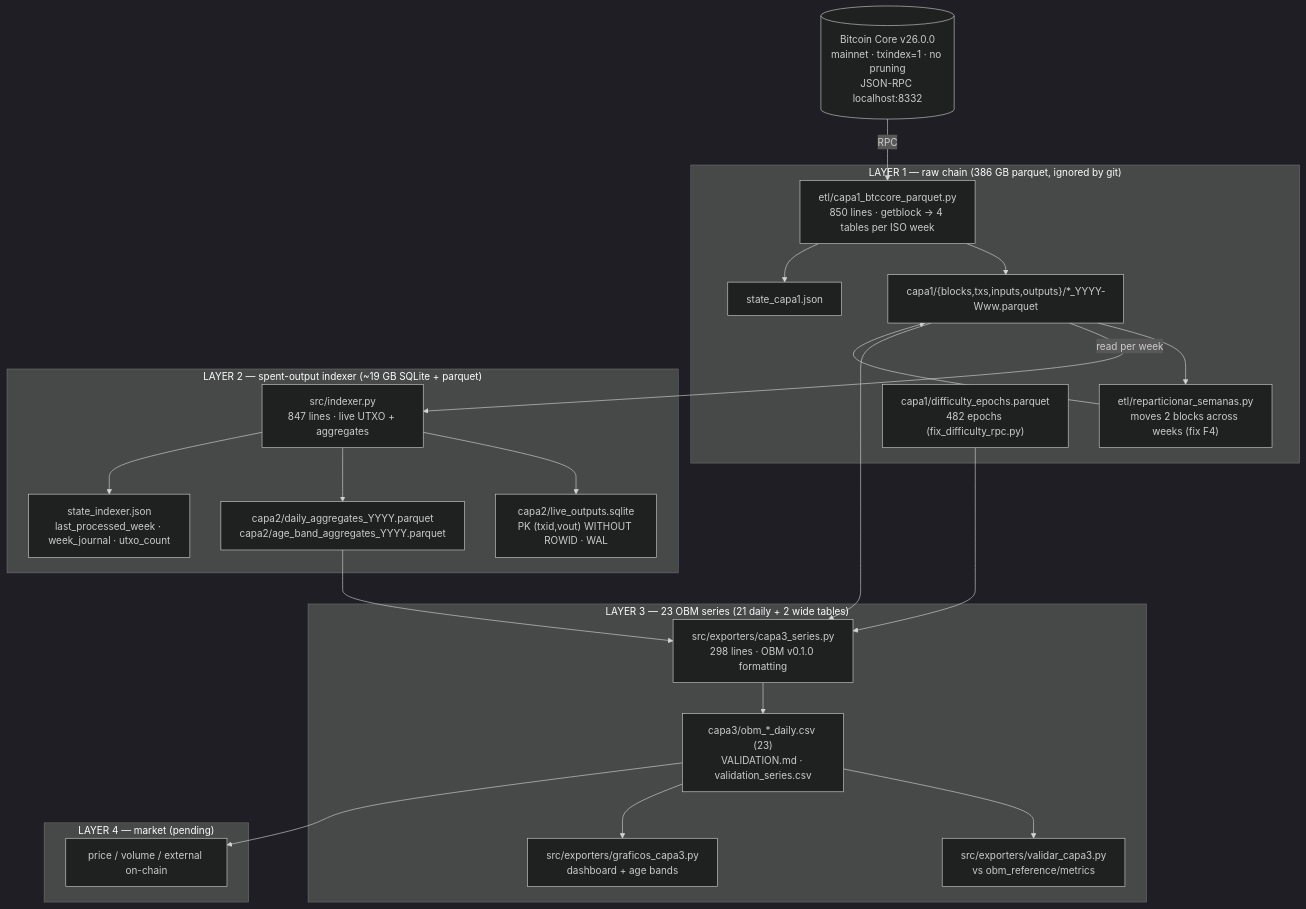
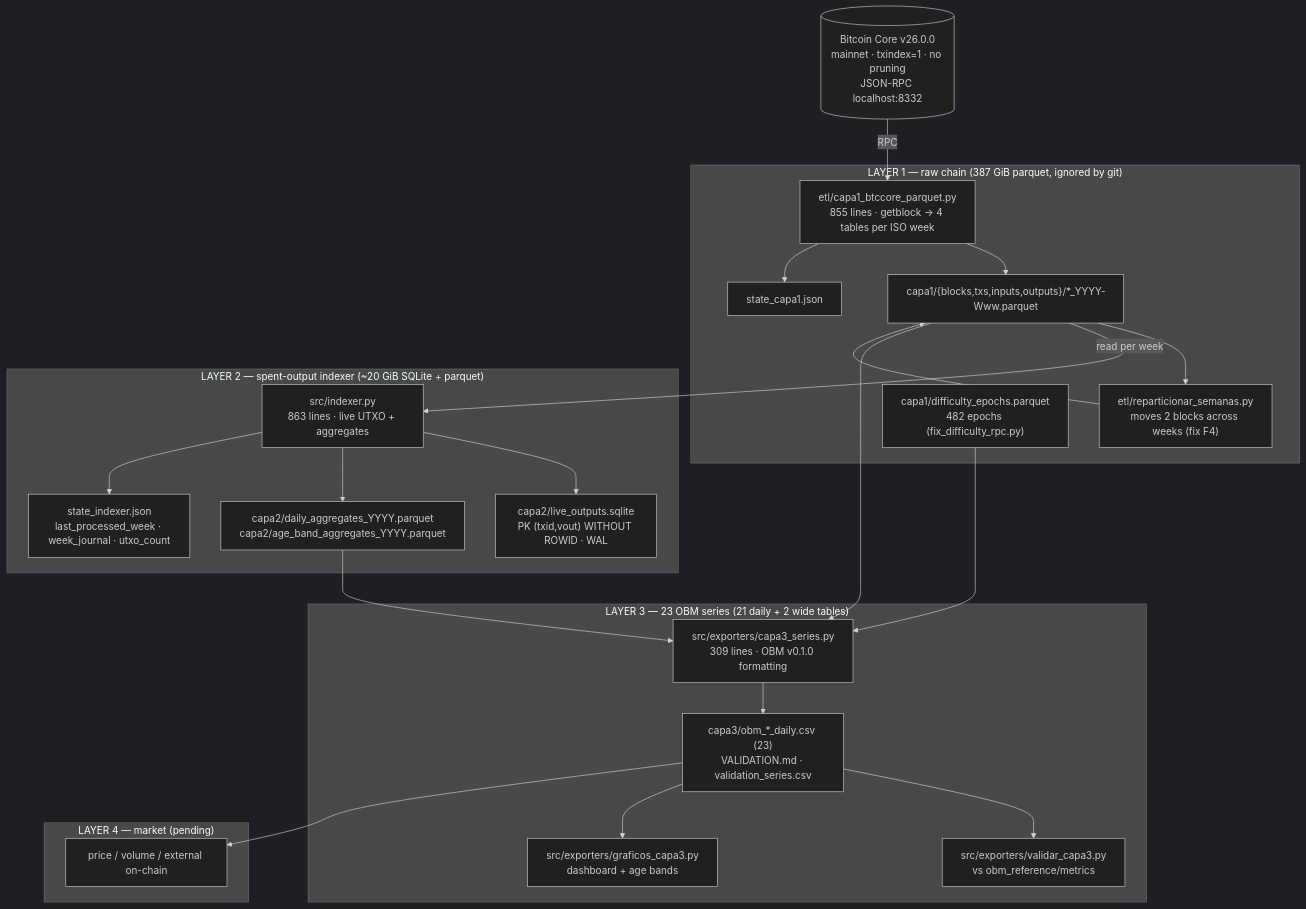
The diagram in docs/MAPA_CODIGO.md (byron92m-stack/full_bitcoin_node), drawn with Mermaid (dark theme) before and after one commit. The commit also changed other lines of this file and 9 other files, not shown here.

````diff
--- a/docs/MAPA_CODIGO.md
+++ b/docs/MAPA_CODIGO.md
@@ -10,46 +10,46 @@
 ```mermaid
 flowchart TD
     NODE[("Bitcoin Core v26.0.0<br/>mainnet · txindex=1 · no pruning<br/>JSON-RPC localhost:8332")]
 
-    subgraph L1["LAYER 1 — raw chain (386 GB parquet, ignored by git)"]
-        ETL["etl/capa1_btccore_parquet.py<br/>850 lines · getblock → 4 tables per ISO week"]
+    subgraph L1["LAYER 1 — raw chain (387 GiB parquet, ignored by git)"]
+        ETL["etl/capa1_btccore_parquet.py<br/>855 lines · getblock → 4 tables per ISO week"]
         REPART["etl/reparticionar_semanas.py<br/>moves 2 blocks across weeks (fix F4)"]
         C1D["capa1/{blocks,txs,inputs,outputs}/*_YYYY-Www.parquet"]
         C1E["capa1/difficulty_epochs.parquet<br/>482 epochs (fix_difficulty_rpc.py)"]
         ST1["state_capa1.json"]
     end
 
-    subgraph L2["LAYER 2 — spent-output indexer (~19 GB SQLite + parquet)"]
-        IDX["src/indexer.py<br/>847 lines · live UTXO + aggregates"]
+    subgraph L2["LAYER 2 — spent-output indexer (~20 GiB SQLite + parquet)"]
+        IDX["src/indexer.py<br/>863 lines · live UTXO + aggregates"]
         DB["capa2/live_outputs.sqlite<br/>PK (txid,vout) WITHOUT ROWID · WAL"]
         AGG["capa2/daily_aggregates_YYYY.parquet<br/>capa2/age_band_aggregates_YYYY.parquet"]
         ST2["state_indexer.json<br/>last_processed_week · week_journal · utxo_count"]
     end
 
     subgraph L3["LAYER 3 — 23 OBM series (21 daily + 2 wide tables)"]
-        EXP["src/exporters/capa3_series.py<br/>298 lines · OBM v0.1.0 formatting"]
+        EXP["src/exporters/capa3_series.py<br/>309 lines · OBM v0.1.0 formatting"]
         VAL["src/exporters/validar_capa3.py<br/>vs obm_reference/metrics"]
         GRAF["src/exporters/graficos_capa3.py<br/>dashboard + age bands"]
         C3["capa3/obm_*_daily.csv (23)<br/>VALIDATION.md · validation_series.csv"]
     end
 
     subgraph L4["LAYER 4 — market (pending)"]
         MKT["price / volume / external on-chain"]
     end
 
     NODE -->|RPC| ETL
     ETL --> C1D
     ETL --> ST1
     C1D --> REPART --> C1D
     C1D -->|"read per week"| IDX
     IDX --> DB
     IDX --> AGG
     IDX --> ST2
     C1D --> EXP
     AGG --> EXP
     C1E --> EXP
     EXP --> C3
     C3 --> VAL
     C3 --> GRAF
     C3 --> MKT
 ```
````
